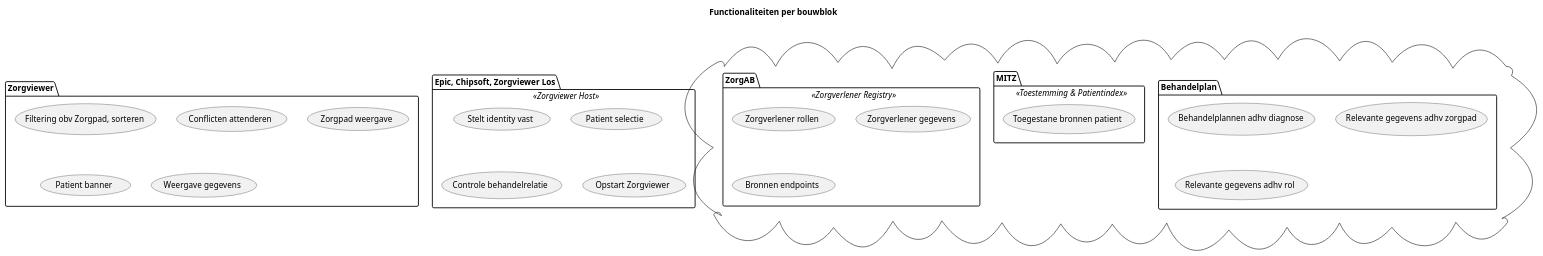
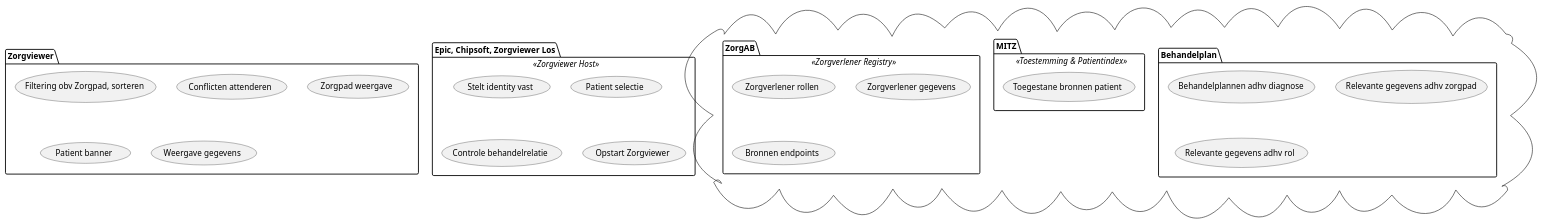
One commit to RIVO-Noord/zorgviewer-ig changed the diagram in input/images-source/Functionaliteiten.plantuml. Above: the diagram before and after it, drawn with PlantUML. The commit also changed 6 other files, not shown here.

```diff
--- a/input/images-source/Functionaliteiten.plantuml
+++ b/input/images-source/Functionaliteiten.plantuml
@@ -1,41 +1,36 @@
 @startuml
 
-title "Functionaliteiten per bouwblok"
-
 'left to right direction
-
 
 package "Zorgviewer" {
  (Filtering obv Zorgpad, sorteren)
  (Conflicten attenderen)
  (Zorgpad weergave)
  (Patient banner)
  (Weergave gegevens)
 }
 
 package "Epic, Chipsoft, Zorgviewer Los" <<Zorgviewer Host>> {
  (Stelt identity vast)
  (Patient selectie)
  (Controle behandelrelatie)
  (Opstart Zorgviewer)
 }
 
 cloud {
  package [Behandelplan] {
   (Behandelplannen adhv diagnose)
   (Relevante gegevens adhv zorgpad)
   (Relevante gegevens adhv rol)
  }
  package [MITZ] <<Toestemming & Patientindex>> {
   (Toegestane bronnen patient)
  }
  package [ZorgAB] <<Zorgverlener Registry>> {
   (Zorgverlener rollen)
   (Zorgverlener gegevens)
   (Bronnen endpoints)
  }
 }
 
-
-
 @enduml
```
